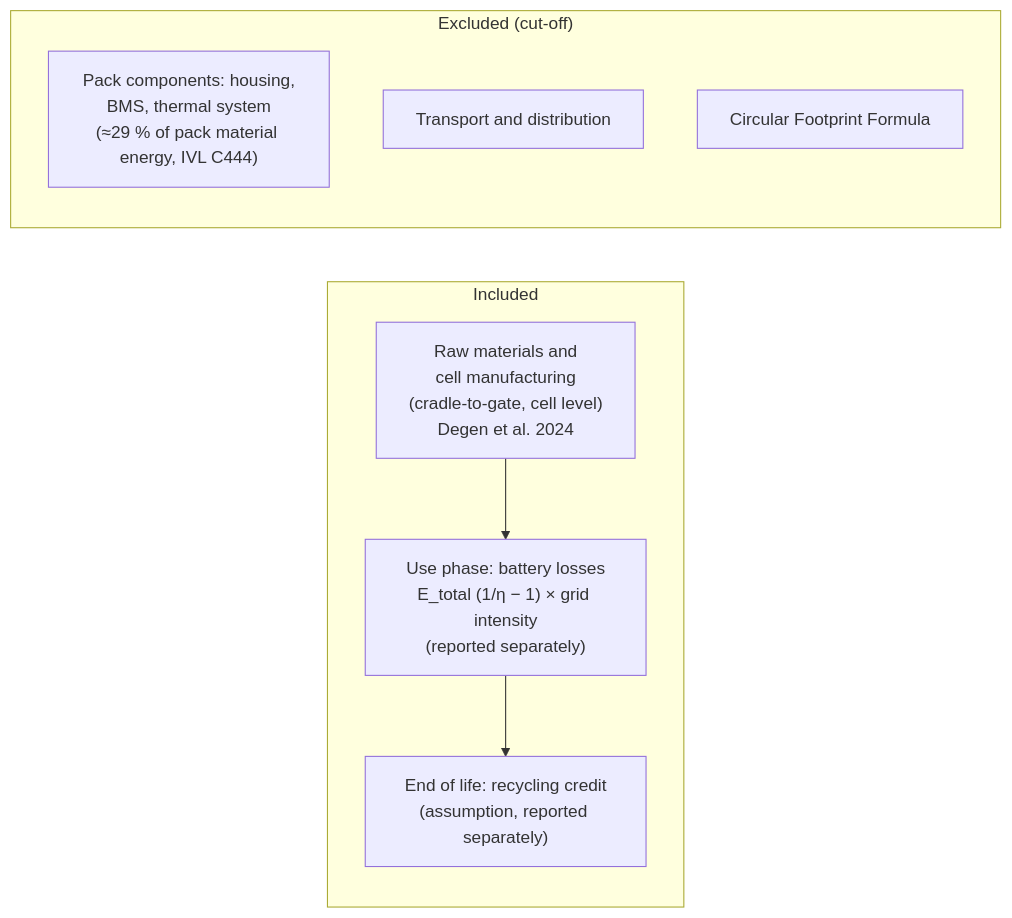
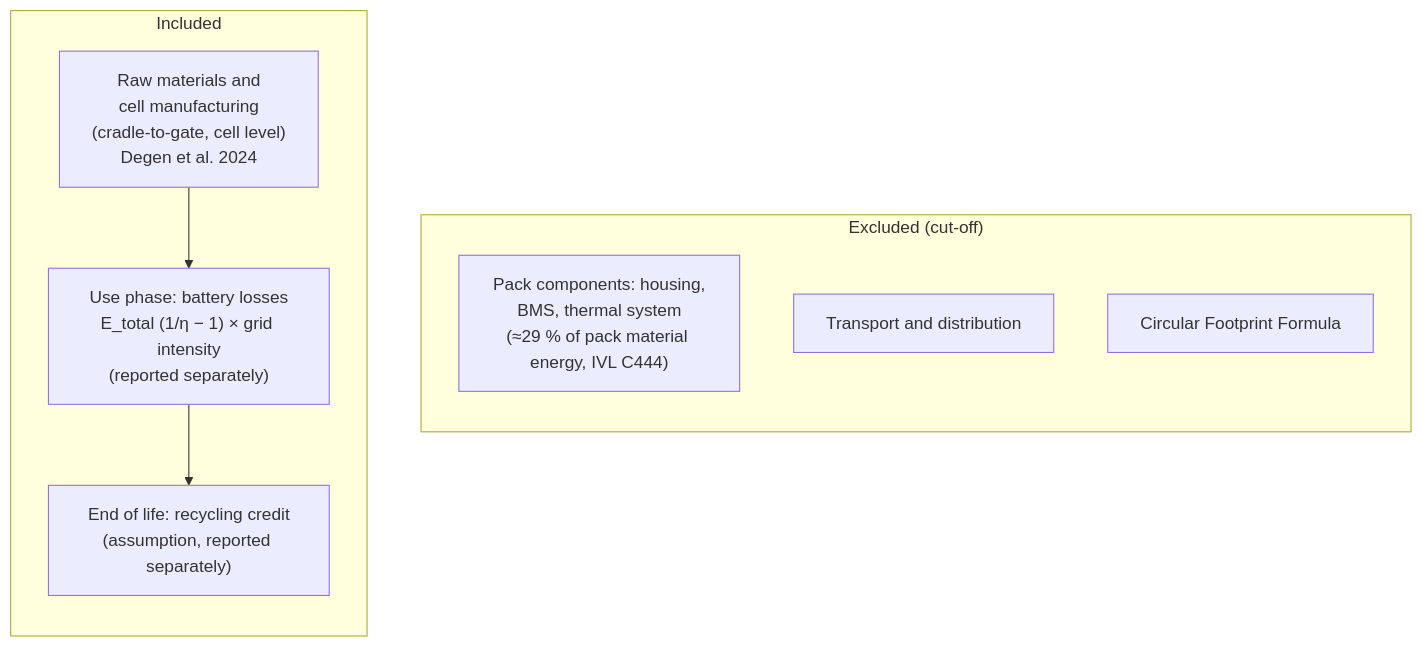
The tenth of 12 diagrams in README.md (TheJohn01/DigitalTwinBattery), drawn with Mermaid before and after one commit. The commit also changed other lines of this file and 5 other files, not shown here.

First line of the commit message:
README diagrams: add missing steps and figures, fix order

````diff
--- a/README.md
+++ b/README.md
@@ -1397,16 +1433,17 @@
 ```mermaid
 flowchart LR
     subgraph IN["Included"]
         direction TB
         RM["Raw materials and<br/>cell manufacturing<br/>(cradle-to-gate, cell level)<br/>Degen et al. 2024"]
         USE["Use phase: battery losses<br/>E_total (1/η − 1) × grid intensity<br/>(reported separately)"]
         EOL["End of life: recycling credit<br/>(assumption, reported separately)"]
     end
     subgraph OUT["Excluded (cut-off)"]
         direction TB
         PACK["Pack components: housing,<br/>BMS, thermal system<br/>(≈29 % of pack material energy, IVL C444)"]
         TR["Transport and distribution"]
         CFF["Circular Footprint Formula"]
     end
     RM --> USE --> EOL
+    IN ~~~ OUT
 ```
````
